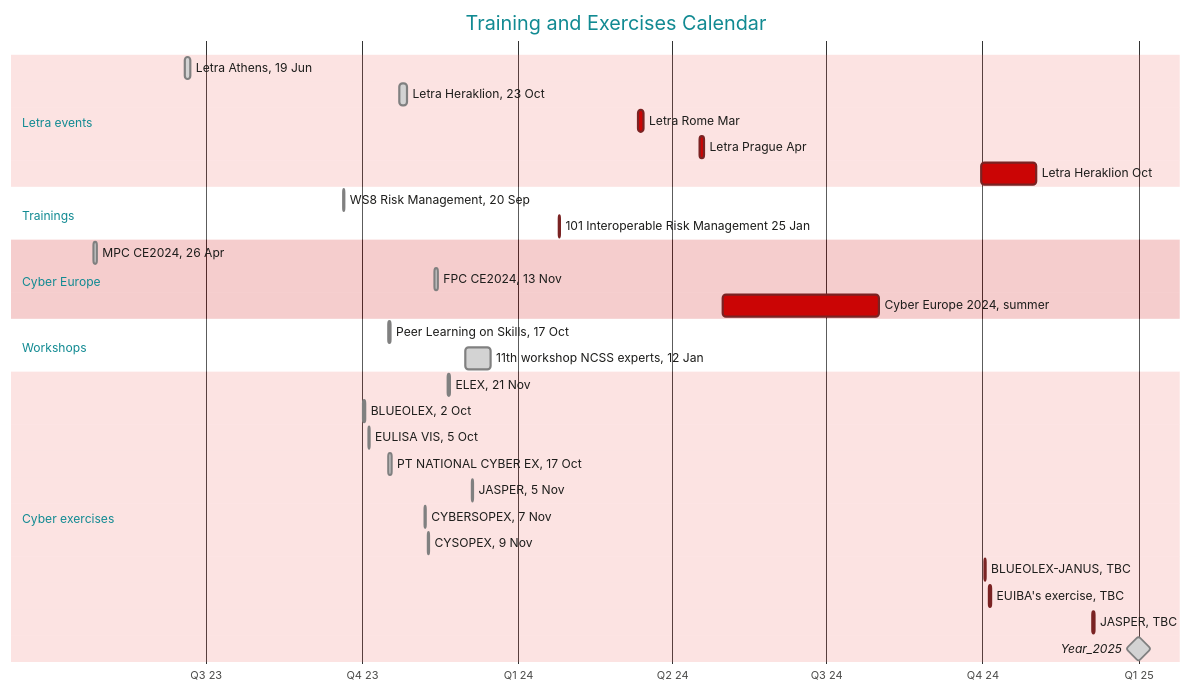
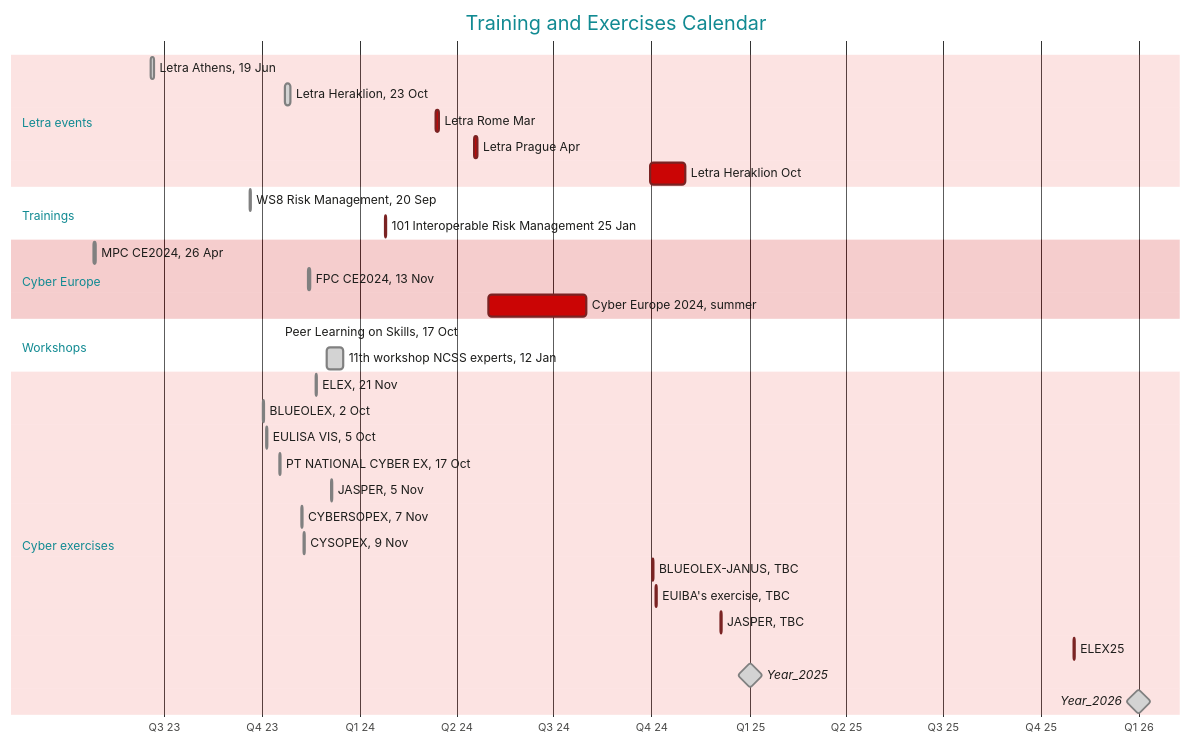
Before and after one commit to ENISA-Exercises/Public01: the second of 2 diagrams in README.md, drawn with Mermaid. The commit also changed other lines of this file, not shown here.

````diff
--- a/README.md
+++ b/README.md
@@ -69,53 +72,55 @@
 ```mermaid
 %%{
   init: {
     'theme': 'base',
     'themeVariables': {
       'darkmode': 'false',
       'fontFamily': 'Arial',
       'background':	'#EBEBEB',
       'primaryColor': '#CB0505',
       'primaryTextColor': '#1D1D1B',
       'secondaryColor': '#004F9F',
       'tertiaryColor': '#EE756D',
       'lineColor': '#1D1D1B'
     }
   }
 }%%
 gantt
   title Training and Exercises Calendar
   dateFormat YYYY-MM-DD %%Input date format. The default input date format is YYYY-MM-DD
   axisFormat Q%q %y
   tickInterval 3month
 %%displayed gantt bar info
   section Letra events
     Letra Athens, 19 Jun: done, Letra202306, 2023-06-19, 3d
     Letra Heraklion, 23 Oct: done, Letra202310, 2023-10-23, 5d
     Letra Rome Mar: Training45363, 2024-03-12, 3d
     Letra Prague Apr: Training45399, 2024-04-17, 3d
     Letra Heraklion Oct: Training45565, 2024-09-30, 33d
   section Trainings
     WS8 Risk Management, 20 Sep: done, TRAINING45189, 2023-09-20, 1d
     101 Interoperable Risk Management 25 Jan: virtual_workshop45316, 2024-01-25, 1d
   section Cyber Europe
     MPC CE2024, 26 Apr: done, Conference45042, 2023-04-26, 2d
     FPC CE2024, 13 Nov: done, CONFERENCE45243, 2023-11-13, 2d
     Cyber Europe 2024, summer: Exercise45413, 2024-05-01, 92d
   section Workshops
     Peer Learning on Skills, 17 Oct: done, physical_workshop45216, 2023-10-17, 1d
     11th workshop NCSS experts, 12 Jan: done, virtual_workshop45261, 2023-12-01, 15d
   section Cyber exercises
     ELEX, 21 Nov: done, ELEX2023, 2023-11-21, 1d
     BLUEOLEX, 2 Oct: done, EXERCISE45201, 2023-10-02, 1d
     EULISA VIS, 5 Oct: done, EXERCISE45204, 2023-10-05, 1d
     PT NATIONAL CYBER EX, 17 Oct: done, EXERCISE45216, 2023-10-17, 2d
     JASPER, 5 Nov: done, EXERCISE45265, 2023-12-05, 1d
     CYBERSOPEX, 7 Nov: done, EXERCISE45237, 2023-11-07, 1d
     CYSOPEX, 9 Nov: done, EXERCISE45239, 2023-11-09, 1d
     BLUEOLEX-JANUS, TBC: Exercise45567, 2024-10-02, 1d
     EUIBA's exercise, TBC: Exercise45570, 2024-10-05, 1d
     JASPER, TBC: Exercise45631, 2024-12-05, 1d
+    ELEX25: Exercise45962, 2025-11-01, 1d
 %%  Year_2023: done, milestone, Year23, 2023-01-01, 0d
 %%  Year_2024: done, milestone, Year24, 2024-01-01, 0d
 Year_2025: done, milestone, Year25, 2025-01-01, 0d
+Year_2026: done, milestone, Year26, 2026-01-01, 0d
 ```
````
